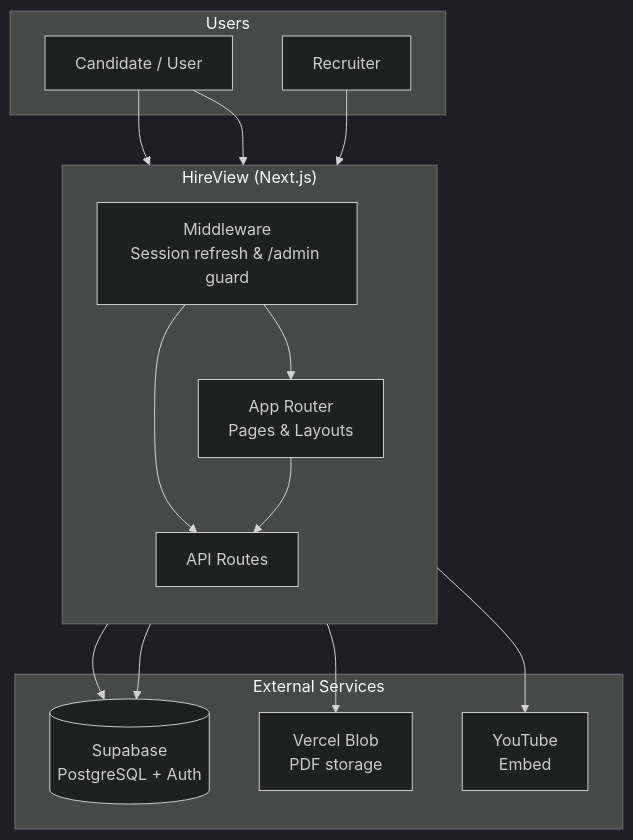
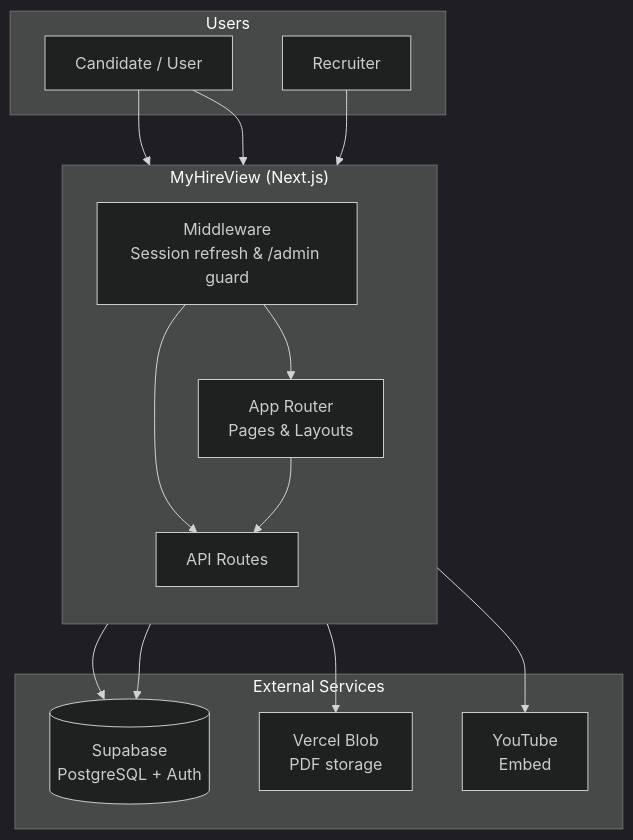
The first of 5 diagrams in docs/ARCHITECTURE.md (joan-gerard/my-hire-view), drawn with Mermaid (dark theme) before and after one commit. The commit also changed other lines of this file and 13 other files, not shown here.

Commit message:
chore: rebrand HireView to MyHireView

````diff
--- a/docs/ARCHITECTURE.md
+++ b/docs/ARCHITECTURE.md
@@ -36,33 +36,33 @@
 ```mermaid
 flowchart TB
   subgraph Users
     Candidate[Candidate / User]
     Recruiter[Recruiter]
   end
 
-  subgraph HireView["HireView (Next.js)"]
+  subgraph MyHireView["MyHireView (Next.js)"]
     direction TB
     Middleware[Middleware<br>Session refresh & /admin guard]
     App[App Router<br>Pages & Layouts]
     API[API Routes]
 
     Middleware --> App
     Middleware --> API
     App --> API
   end
 
   subgraph External["External Services"]
     Supabase[(Supabase<br>PostgreSQL + Auth)]
     Blob[Vercel Blob<br>PDF storage]
     YouTube[YouTube<br>Embed]
   end
 
   Candidate --> App
   Candidate --> API
   Recruiter --> App
 
   API --> Supabase
   API --> Blob
   App --> Supabase
   App --> YouTube
 ```
````
